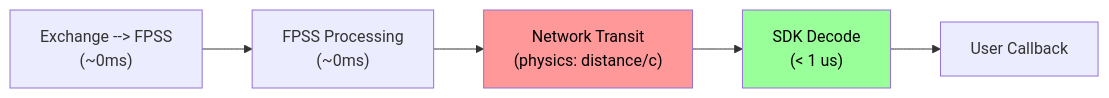
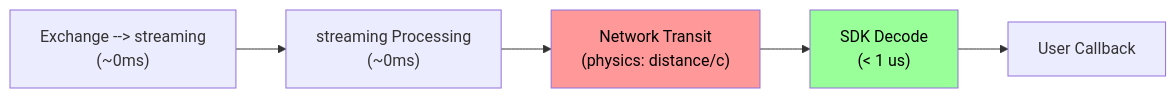
The second of 2 diagrams in docs-site/docs/streaming/latency.md (userFRM/ThetaDataDx), drawn with Mermaid before and after one commit. The commit also changed other lines of this file and 527 other files, not shown here.

````diff
--- a/docs-site/docs/streaming/latency.md
+++ b/docs-site/docs/streaming/latency.md
@@ -32,10 +32,10 @@
 ```mermaid
 graph LR
-    A["Exchange --> FPSS<br/>(~0ms)"] --> B["FPSS Processing<br/>(~0ms)"]
+    A["Exchange --> streaming<br/>(~0ms)"] --> B["streaming Processing<br/>(~0ms)"]
     B --> C["Network Transit<br/>(physics: distance/c)"]
     C --> D["SDK Decode<br/>(&lt; 1 us)"]
     D --> E["User Callback"]
 
     style C fill:#ff9999,color:#000
     style D fill:#99ff99,color:#000
 ```
````
